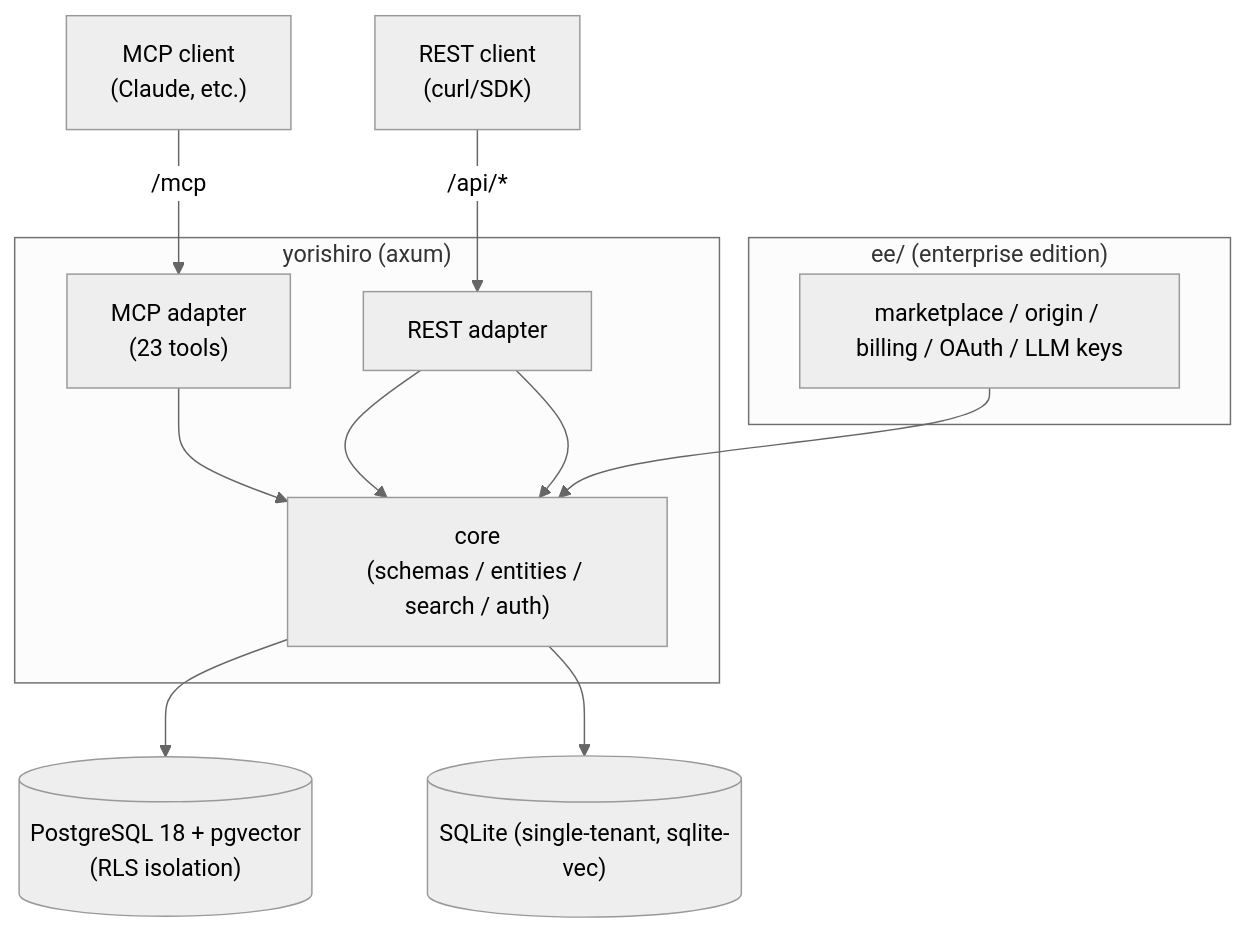
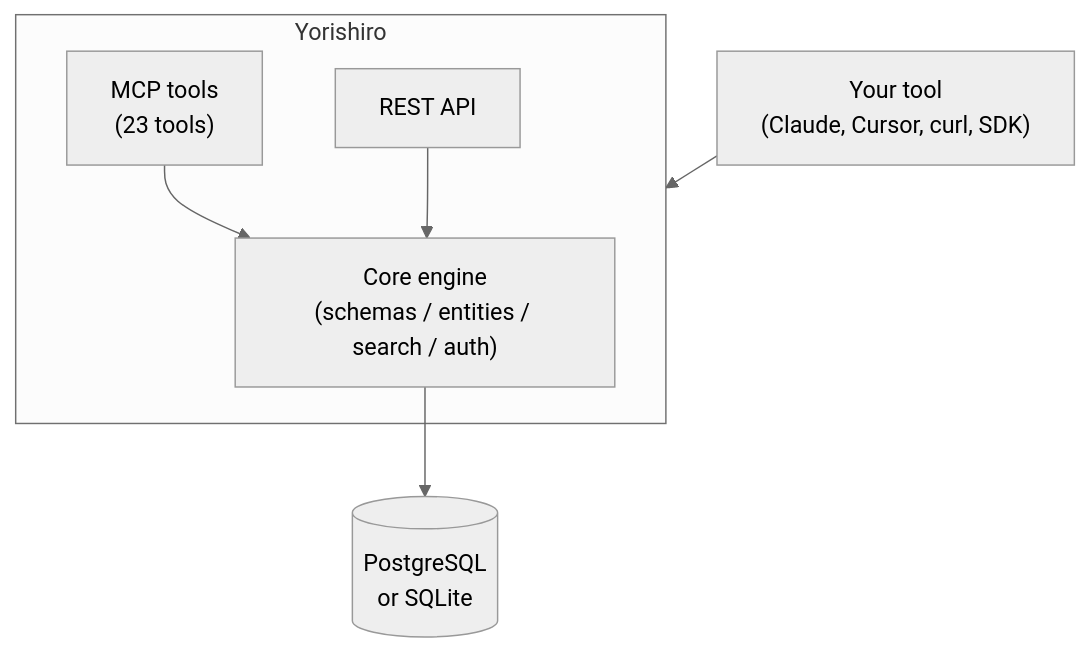
The diagram in README.md (yorishiro-ai/yorishiro), drawn with Mermaid (neutral theme) before and after one commit. The commit also changed other lines of this file and 43 other files, not shown here.

````diff
--- a/README.md
+++ b/README.md
@@ -21,27 +19,17 @@
 ```mermaid
 flowchart TD
-    MCPClient["MCP client<br/>(Claude, etc.)"]
-    RESTClient["REST client<br/>(curl/SDK)"]
+    Client["Your tool<br/>(Claude, Cursor, curl, SDK)"]
 
-    subgraph Enterprise["ee/ (enterprise edition)"]
-        EnterpriseREST["marketplace / origin / billing / OAuth / LLM keys"]
+    subgraph Server["Yorishiro"]
+        Core["Core engine<br/>(schemas / entities / search / auth)"]
+        MCP["MCP tools<br/>(23 tools)"]
+        REST["REST API"]
     end
 
-    subgraph Server["yorishiro (axum)"]
-        Core["core<br/>(schemas / entities / search / auth)"]
-        MCPAdapter["MCP adapter<br/>(23 tools)"]
-        RESTAdapter["REST adapter"]
-        MCPAdapter --> Core
-        RESTAdapter --> Core
-    end
+    DB[("PostgreSQL<br/>or SQLite")]
 
-    DB[("PostgreSQL 18 + pgvector<br/>(RLS isolation)")]
-    SQLiteDB[("SQLite (single-tenant, sqlite-vec)")]
-
-    MCPClient -->|"/mcp"| MCPAdapter
-    RESTClient -->|"/api/*"| RESTAdapter
-    RESTAdapter --> Core
-    EnterpriseREST --> Core
+    Client --> Server
+    MCP --> Core
+    REST --> Core
     Core --> DB
-    Core --> SQLiteDB
 ```
````
